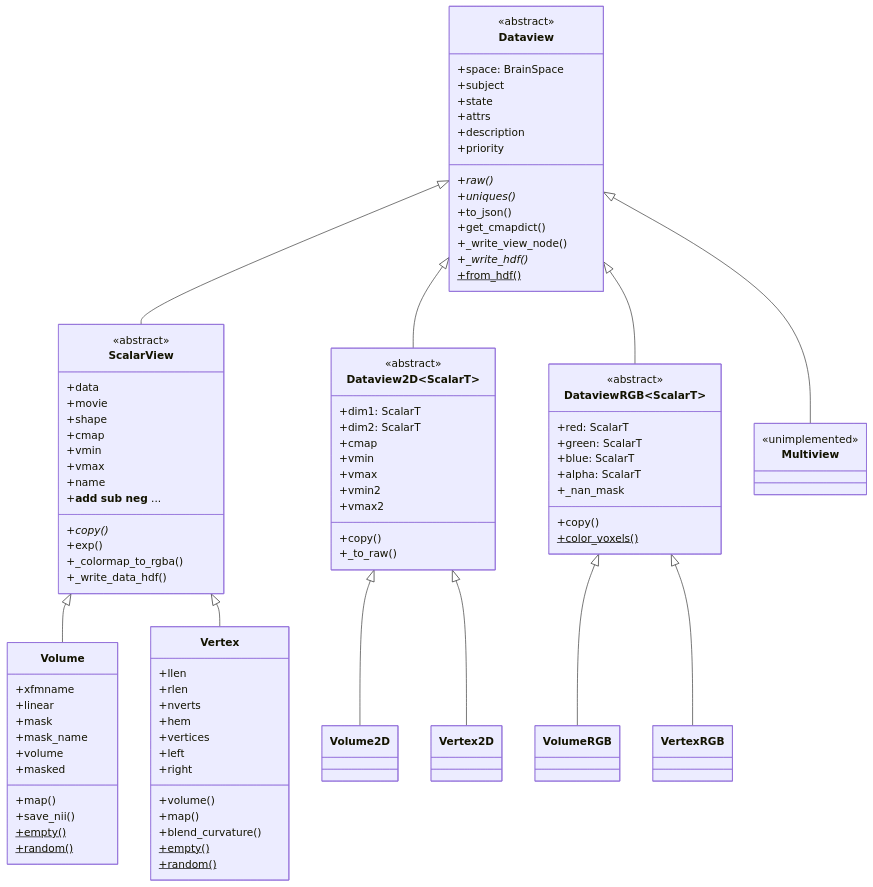
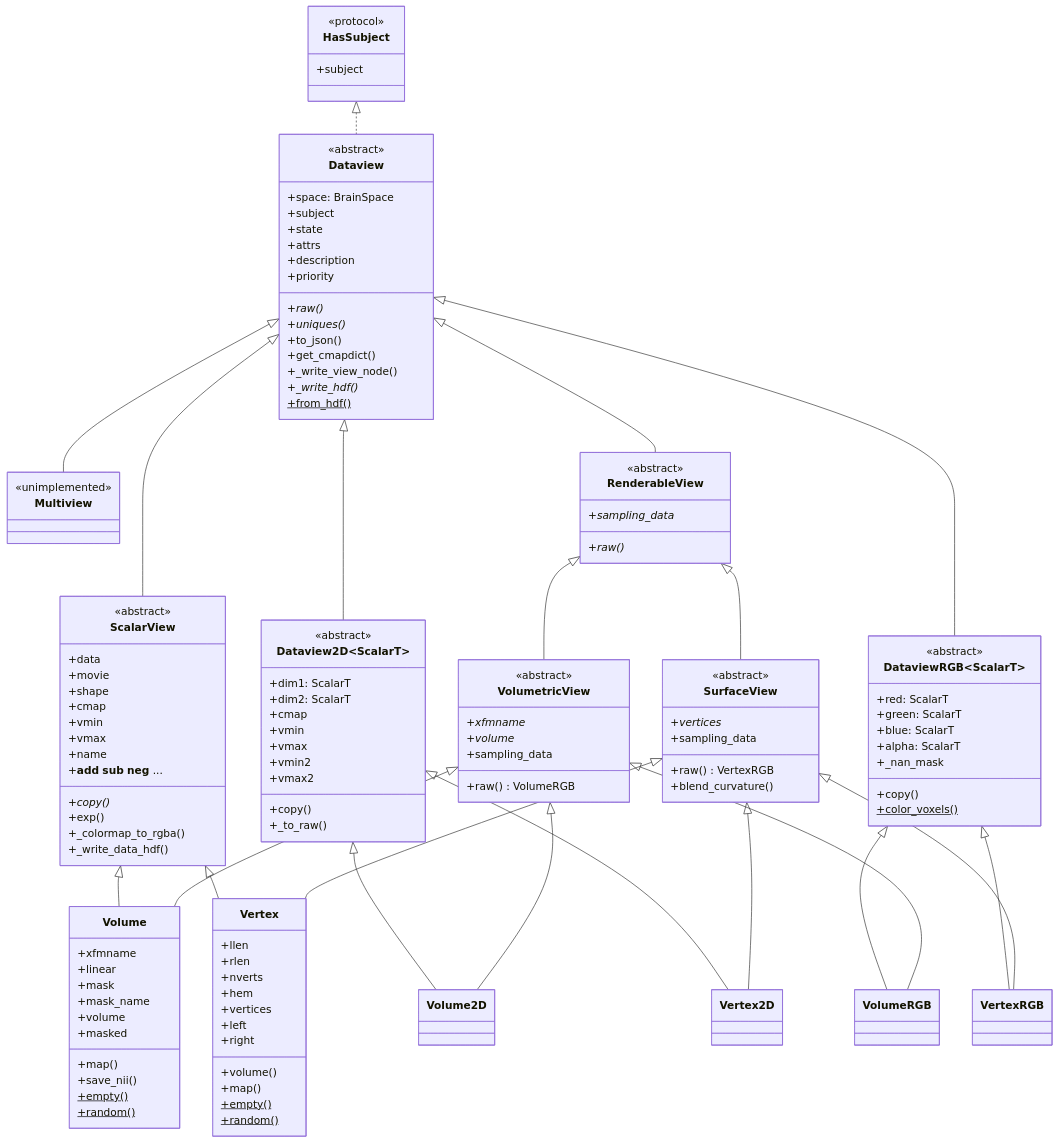
The first of 2 diagrams in cortex/dataset/INHERITANCE.md (kroq-gar78/pycortex), drawn with Mermaid before and after one commit. The commit also changed other lines of this file, not shown here.

````diff
--- a/cortex/dataset/INHERITANCE.md
+++ b/cortex/dataset/INHERITANCE.md
@@ -107,7 +111,6 @@
         +right
         +volume()
         +map()
-        +blend_curvature()
         +empty()$
         +random()$
     }
@@ -119,10 +122,38 @@
         <<unimplemented>>
     }
 
+    class HasSubject {
+        <<protocol>>
+        +subject
+    }
+    class RenderableView {
+        <<abstract>>
+        +sampling_data*
+        +raw()*
+    }
+    class VolumetricView {
+        <<abstract>>
+        +xfmname*
+        +volume*
+        +sampling_data
+        +raw() VolumeRGB
+    }
+    class SurfaceView {
+        <<abstract>>
+        +vertices*
+        +sampling_data
+        +raw() VertexRGB
+        +blend_curvature()
+    }
+
+    HasSubject <|.. Dataview
     Dataview <|-- ScalarView
     Dataview <|-- Dataview2D
     Dataview <|-- DataviewRGB
     Dataview <|-- Multiview
+    Dataview <|-- RenderableView
+    RenderableView <|-- VolumetricView
+    RenderableView <|-- SurfaceView
 
     ScalarView <|-- Volume
     ScalarView <|-- Vertex
@@ -130,4 +161,11 @@
     Dataview2D <|-- Vertex2D
     DataviewRGB <|-- VolumeRGB
     DataviewRGB <|-- VertexRGB
+
+    VolumetricView <|-- Volume
+    VolumetricView <|-- Volume2D
+    VolumetricView <|-- VolumeRGB
+    SurfaceView <|-- Vertex
+    SurfaceView <|-- Vertex2D
+    SurfaceView <|-- VertexRGB
 ```
````
